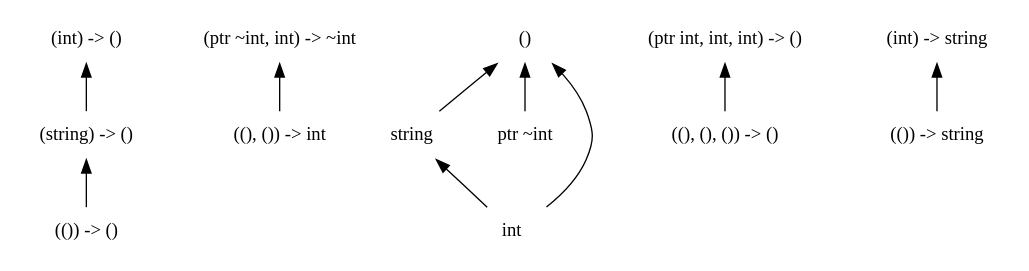
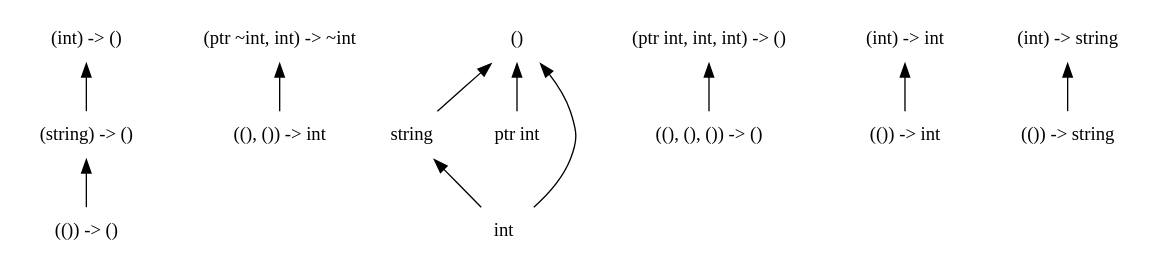
Before and after one commit to chocobo333/regino: the diagram in dots/3.dot, drawn with Graphviz. The commit also changed 28 other files, not shown here.

```diff
--- a/dots/3.dot
+++ b/dots/3.dot
@@ -1,33 +1,36 @@
 digraph order {
   graph [
     size = "30,10"
     ];
   node [
     shape = none
     ];
   edge [
     dir = back
     ];
   "(string) -> ()"
   "(()) -> ()"
   "(ptr ~int, int) -> ~int"
   "string"
   "(ptr int, int, int) -> ()"
   "((), ()) -> int"
+  "(int) -> int"
   "()"
-  "ptr ~int"
+  "ptr int"
   "((), (), ()) -> ()"
   "(()) -> string"
   "(int) -> ()"
   "(int) -> string"
+  "(()) -> int"
   "int"
   "(string) -> ()" -> "(()) -> ()"
   "(ptr ~int, int) -> ~int" -> "((), ()) -> int"
   "string" -> "int"
+  "(ptr int, int, int) -> ()" -> "((), (), ()) -> ()"
+  "(int) -> int" -> "(()) -> int"
+  "()" -> "string"
+  "()" -> "int"
+  "()" -> "ptr int"
   "(int) -> ()" -> "(string) -> ()"
   "(int) -> string" -> "(()) -> string"
-  "(ptr int, int, int) -> ()" -> "((), (), ()) -> ()"
-  "()" -> "string"
-  "()" -> "int"
-  "()" -> "ptr ~int"
 }
```
